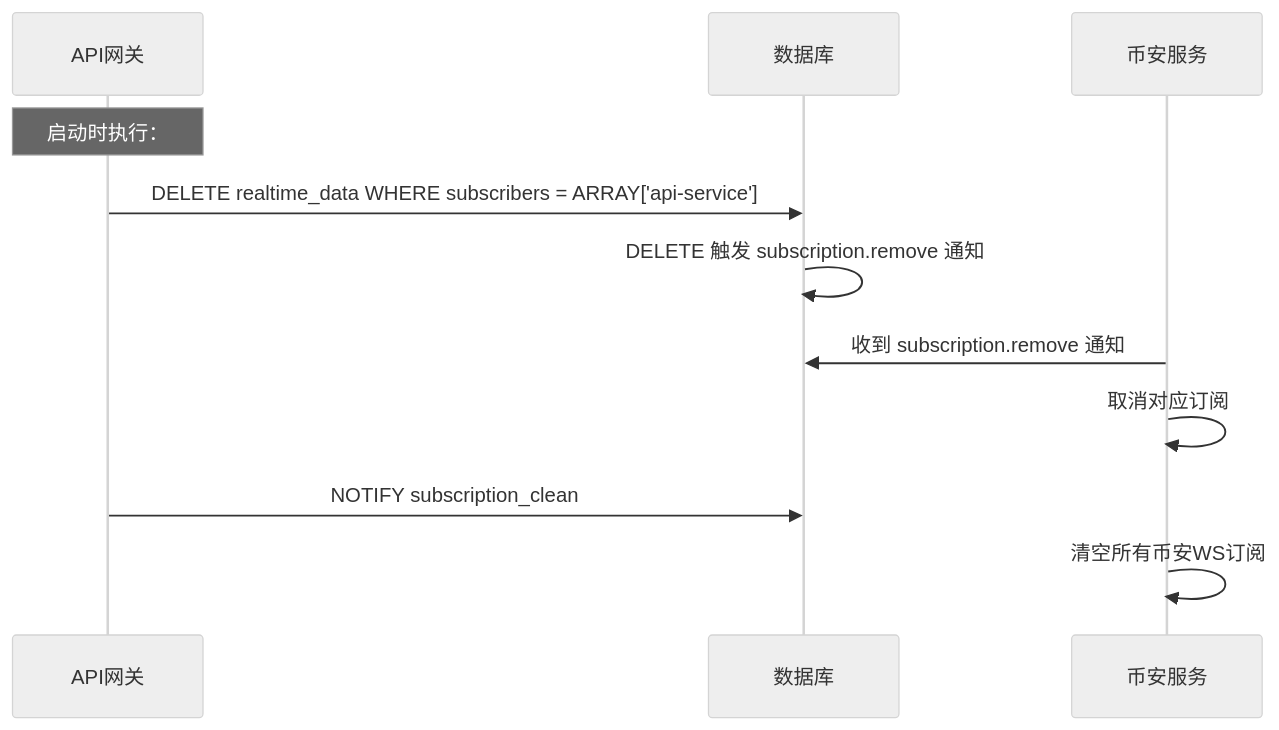
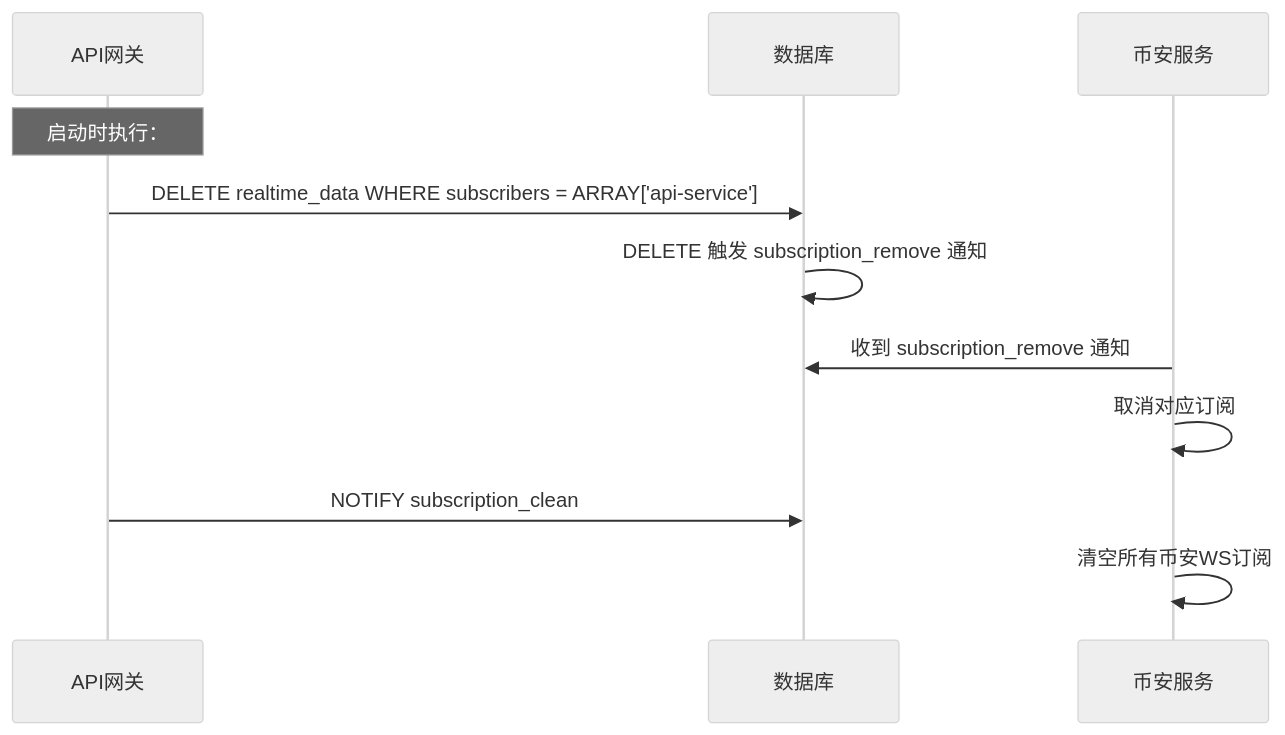
Before and after one commit to mj2154/quant-trading-system-2602: the seventh of 8 diagrams in docs/backend/design/01-task-subscription.md, drawn with Mermaid (neutral theme). The commit also changed other lines of this file and 32 other files, not shown here.

````diff
--- a/docs/backend/design/01-task-subscription.md
+++ b/docs/backend/design/01-task-subscription.md
@@ -1071,16 +1071,16 @@
 ```mermaid
 sequenceDiagram
     participant APIGW as API网关
     participant DB as 数据库
     participant Binance as 币安服务
 
     Note over APIGW: 启动时执行：
     APIGW->>DB: DELETE realtime_data WHERE subscribers = ARRAY['api-service']
-    DB->>DB: DELETE 触发 subscription.remove 通知
+    DB->>DB: DELETE 触发 subscription_remove 通知
 
-    Binance->>DB: 收到 subscription.remove 通知
+    Binance->>DB: 收到 subscription_remove 通知
     Binance->>Binance: 取消对应订阅
 
     APIGW->>DB: NOTIFY subscription_clean
     Binance->>Binance: 清空所有币安WS订阅
 ```
````
